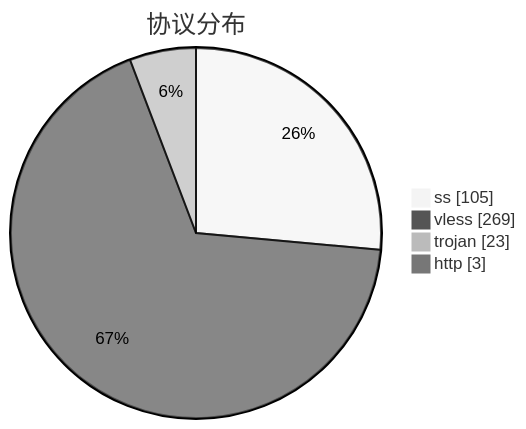
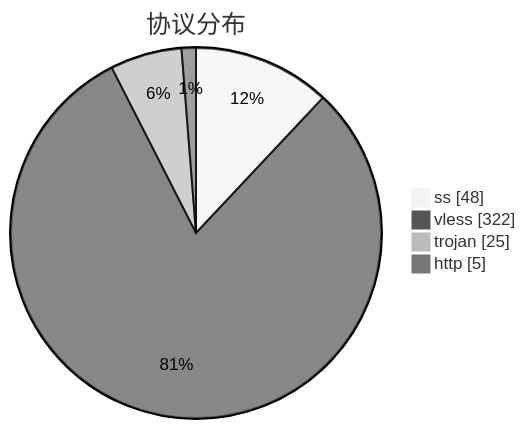
Before and after one commit to qjlxg/airport: the third of 3 diagrams in subs/statistics/tested_within.md, drawn with Mermaid (neutral theme). The commit also changed other lines of this file and 2 other files, not shown here.

````diff
--- a/subs/statistics/tested_within.md
+++ b/subs/statistics/tested_within.md
@@ -33,8 +31,8 @@
 ```mermaid
 pie showData
 title 协议分布
-"ss" : 105
-"vless" : 269
-"trojan" : 23
-"http" : 3
+"ss" : 48
+"vless" : 322
+"trojan" : 25
+"http" : 5
 ```
````
